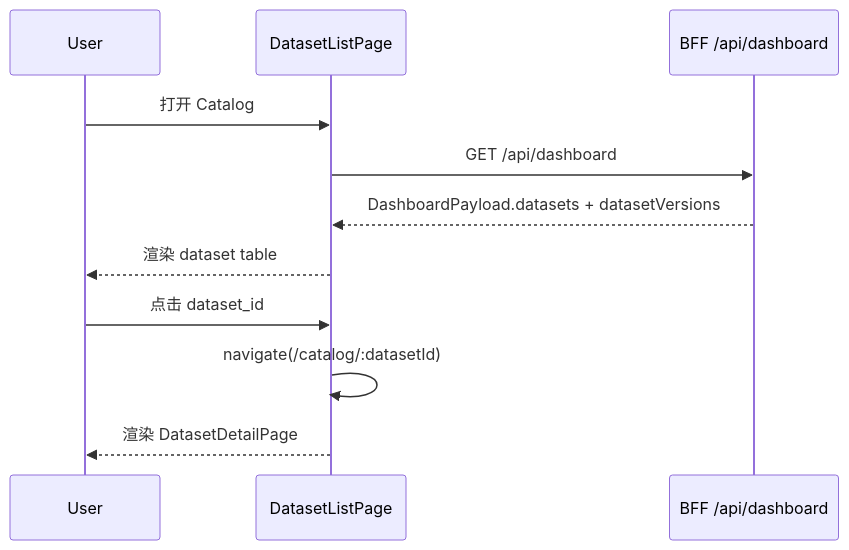
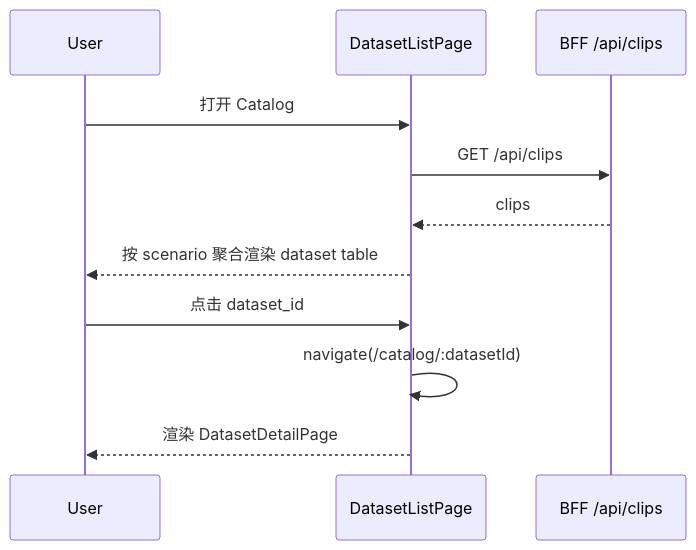
Before and after one commit to gray-cgm/ai-native-data-engine: the third of 6 diagrams in docs/prd/ui-page-flows-and-platform-interactions.md, drawn with Mermaid. The commit also changed other lines of this file and 51 other files, not shown here.

````diff
--- a/docs/prd/ui-page-flows-and-platform-interactions.md
+++ b/docs/prd/ui-page-flows-and-platform-interactions.md
@@ -1369,14 +1472,14 @@
 ```mermaid
 sequenceDiagram
     participant U as User
     participant W as DatasetListPage
-    participant B as BFF /api/dashboard
+  participant B as BFF /api/clips
 
     U->>W: 打开 Catalog
-    W->>B: GET /api/dashboard
-    B-->>W: DashboardPayload.datasets + datasetVersions
-    W-->>U: 渲染 dataset table
+    W->>B: GET /api/clips
+    B-->>W: clips
+    W-->>U: 按 scenario 聚合渲染 dataset table
     U->>W: 点击 dataset_id
     W->>W: navigate(/catalog/:datasetId)
     W-->>U: 渲染 DatasetDetailPage
 ```
````
